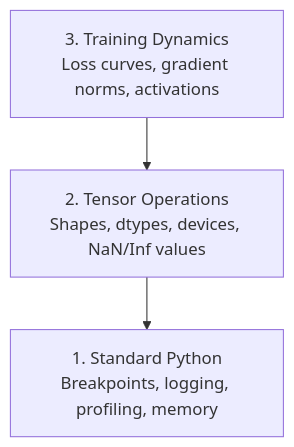
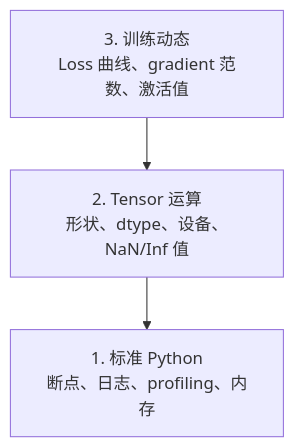
One commit to JerryC8080/ai-engineering-from-scratch-zh changed the diagram in phases/00-setup-and-tooling/12-debugging-and-profiling/docs/zh.md. Above: the diagram before and after it, drawn with Mermaid. The commit also changed 156 other files, not shown here.

First line of the commit message:
i18n(zh): translate mermaid diagram labels in 157 lesson zh.md

````diff
--- a/phases/00-setup-and-tooling/12-debugging-and-profiling/docs/zh.md
+++ b/phases/00-setup-and-tooling/12-debugging-and-profiling/docs/zh.md
@@ -29,6 +29,6 @@
 ```mermaid
 graph TD
-    L3["3. Training Dynamics<br/>Loss curves, gradient norms, activations"] --> L2
-    L2["2. Tensor Operations<br/>Shapes, dtypes, devices, NaN/Inf values"] --> L1
-    L1["1. Standard Python<br/>Breakpoints, logging, profiling, memory"]
+    L3["3. 训练动态<br/>Loss 曲线、gradient 范数、激活值"] --> L2
+    L2["2. Tensor 运算<br/>形状、dtype、设备、NaN/Inf 值"] --> L1
+    L1["1. 标准 Python<br/>断点、日志、profiling、内存"]
 ```
````
